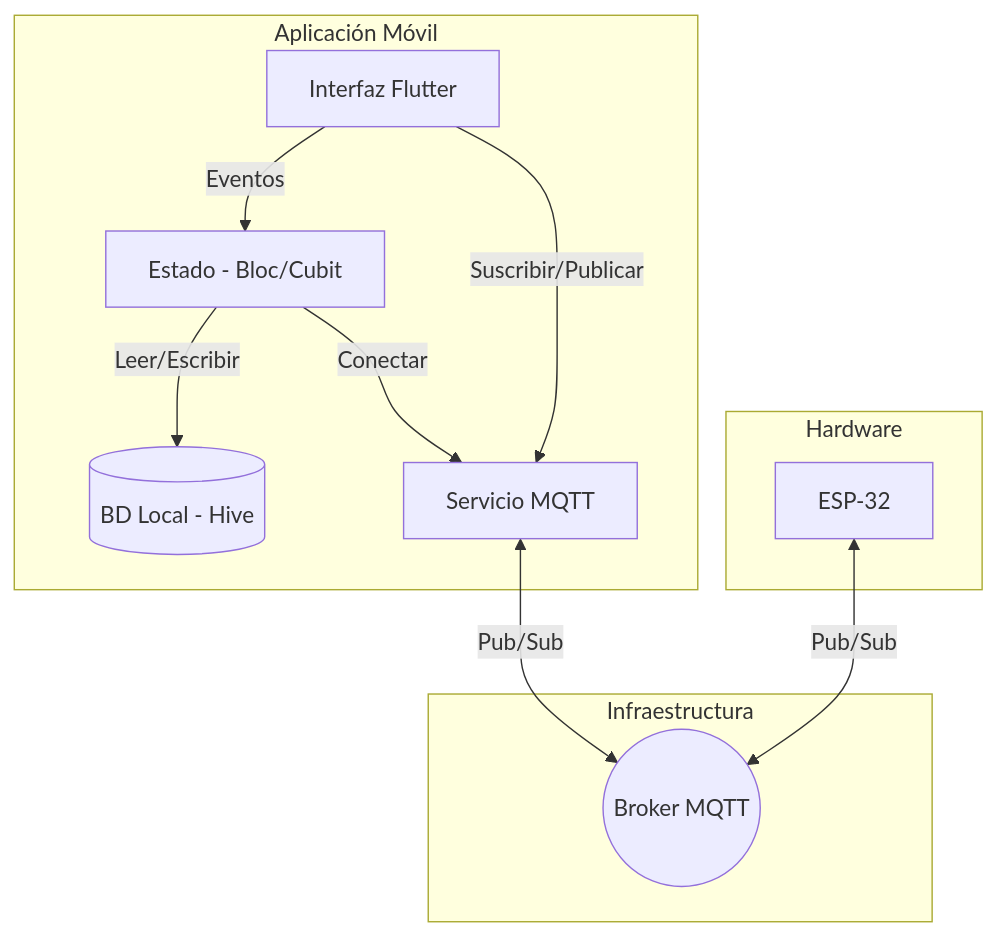
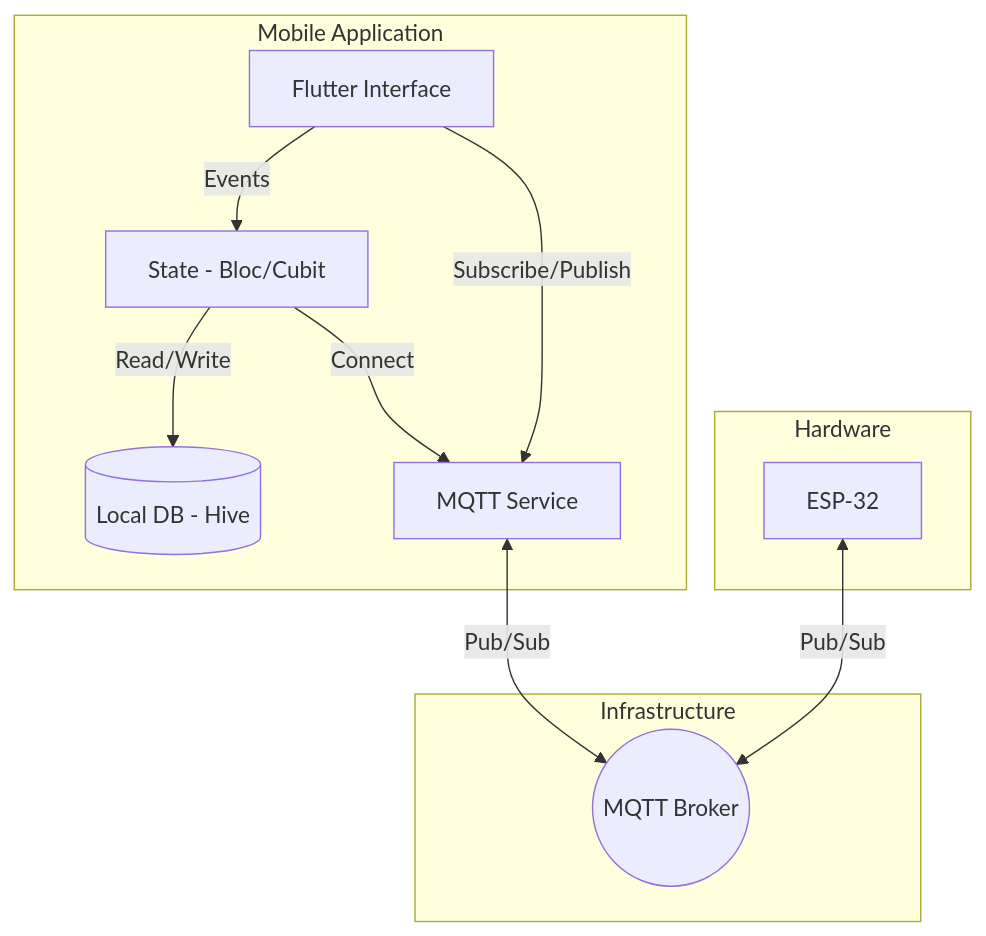
Before and after one commit to Piero16301/Omni_Remote: the diagram in README.md, drawn with Mermaid. The commit also changed other lines of this file, not shown here.

Commit message:
Translate README diagram to English
Update README mermaid flowchart and header from Spanish to English for clarity. Renamed section to "Architecture" and localized node labels (e.g., "Aplicación Móvil" → "Mobile Application", "BD Local - Hive" → "Local DB - Hive", "Broker MQTT" → "MQTT Broker") and edge labels (e.g., "Eventos" → "Events", "Leer/Escribir" → "Read/Write"). This improves readability for English-speaking contributors; only README.md was modified.

````diff
--- a/README.md
+++ b/README.md
@@ -225,24 +225,24 @@
 ```mermaid
 flowchart TD
-  subgraph "Aplicación Móvil"
-  UI[Interfaz Flutter]
-  State[Estado - Bloc/Cubit]
-  Store[(BD Local - Hive)]
-  Service[Servicio MQTT]
+  subgraph "Mobile Application"
+  UI[Flutter Interface]
+  State[State - Bloc/Cubit]
+  Store[(Local DB - Hive)]
+  Service[MQTT Service]
   end
 
-  subgraph Infraestructura
-  Broker((Broker MQTT))
+  subgraph Infrastructure
+  Broker((MQTT Broker))
   end
 
   subgraph Hardware
   ESP[ESP-32]
   end
 
-  UI -->|Eventos| State
-  State -->|Leer/Escribir| Store
-  State -->|Conectar| Service
-  UI -->|Suscribir/Publicar| Service
+  UI -->|Events| State
+  State -->|Read/Write| Store
+  State -->|Connect| Service
+  UI -->|Subscribe/Publish| Service
   Service <-->|Pub/Sub| Broker
   ESP <-->|Pub/Sub| Broker
 ```
````
